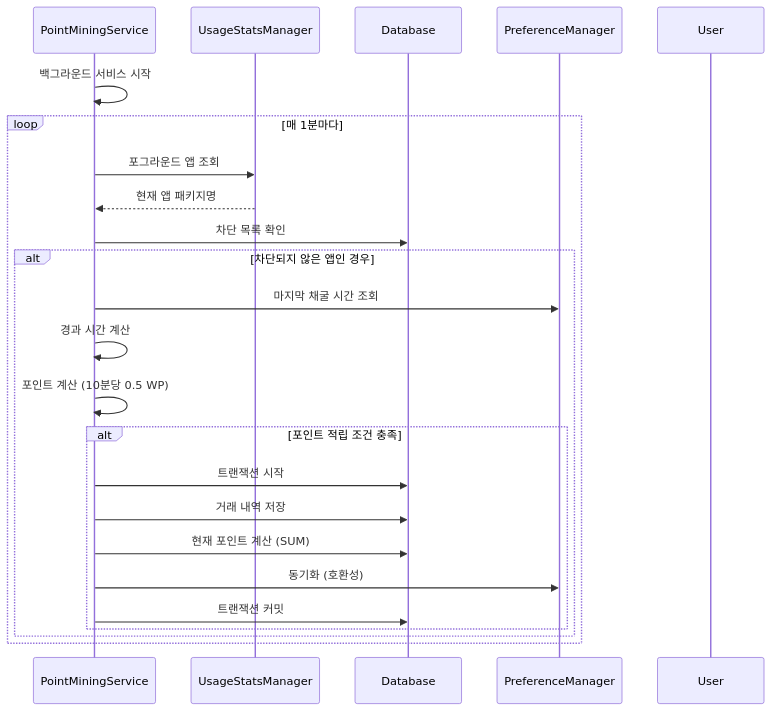
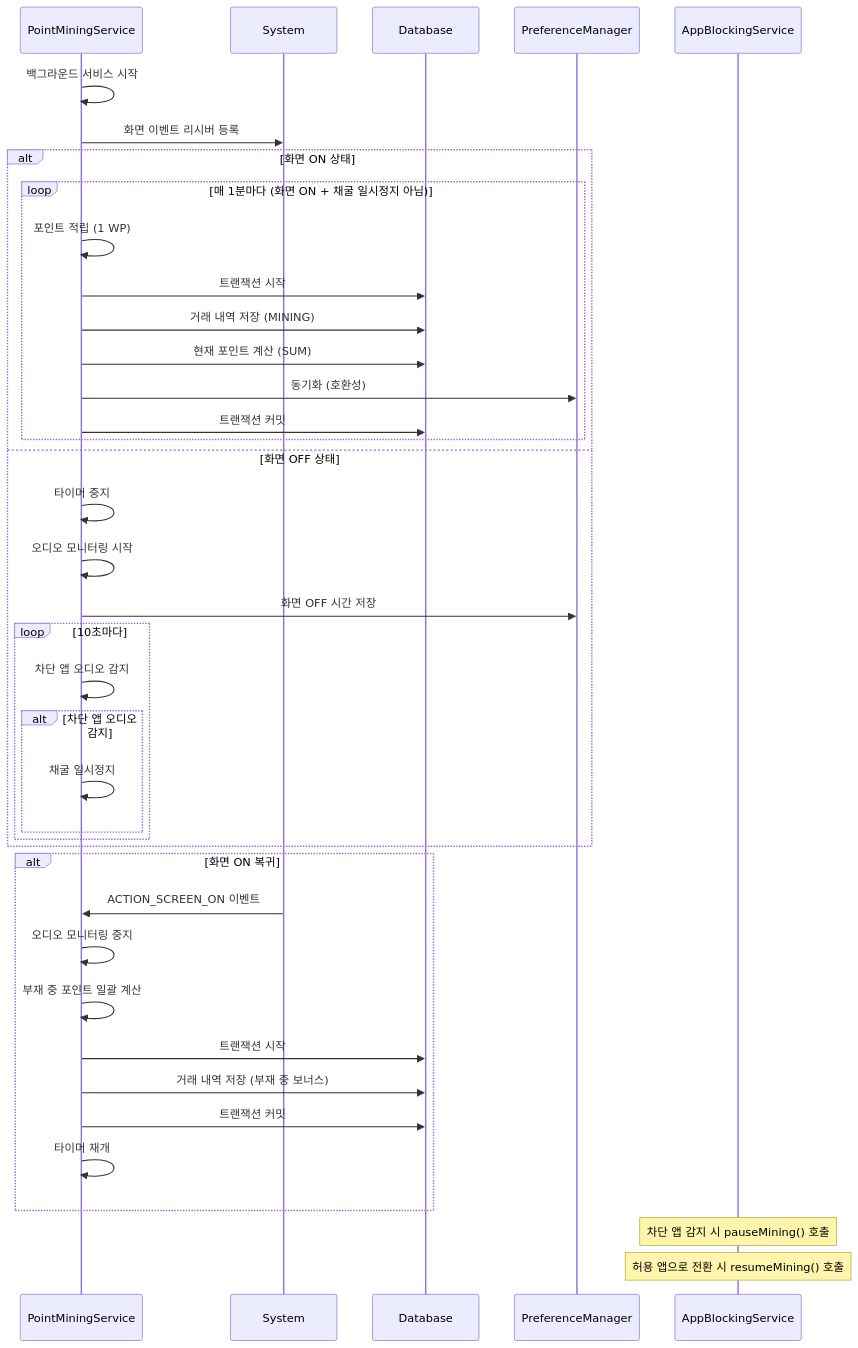
Before and after one commit to KDG12054345/-2: the second of 5 diagrams in ARCHITECTURE.md, drawn with Mermaid. The commit also changed other lines of this file and 2 other files, not shown here.

````diff
--- a/ARCHITECTURE.md
+++ b/ARCHITECTURE.md
@@ -181,30 +205,46 @@
 ```mermaid
 sequenceDiagram
     participant PointMiningService
-    participant UsageStatsManager
+    participant System
     participant Database
     participant PreferenceManager
-    participant User
+    participant AppBlockingService
 
     PointMiningService->>PointMiningService: 백그라운드 서비스 시작
+    PointMiningService->>System: 화면 이벤트 리시버 등록
     
-    loop 매 1분마다
-        PointMiningService->>UsageStatsManager: 포그라운드 앱 조회
-        UsageStatsManager-->>PointMiningService: 현재 앱 패키지명
-        PointMiningService->>Database: 차단 목록 확인
+    alt 화면 ON 상태
+        loop 매 1분마다 (화면 ON + 채굴 일시정지 아님)
+            PointMiningService->>PointMiningService: 포인트 적립 (1 WP)
+            PointMiningService->>Database: 트랜잭션 시작
+            PointMiningService->>Database: 거래 내역 저장 (MINING)
+            PointMiningService->>Database: 현재 포인트 계산 (SUM)
+            PointMiningService->>PreferenceManager: 동기화 (호환성)
+            PointMiningService->>Database: 트랜잭션 커밋
+        end
+    else 화면 OFF 상태
+        PointMiningService->>PointMiningService: 타이머 중지
+        PointMiningService->>PointMiningService: 오디오 모니터링 시작
+        PointMiningService->>PreferenceManager: 화면 OFF 시간 저장
         
-        alt 차단되지 않은 앱인 경우
-            PointMiningService->>PreferenceManager: 마지막 채굴 시간 조회
-            PointMiningService->>PointMiningService: 경과 시간 계산
-            PointMiningService->>PointMiningService: 포인트 계산 (10분당 0.5 WP)
-            
-            alt 포인트 적립 조건 충족
-                PointMiningService->>Database: 트랜잭션 시작
-                PointMiningService->>Database: 거래 내역 저장
-                PointMiningService->>Database: 현재 포인트 계산 (SUM)
-                PointMiningService->>PreferenceManager: 동기화 (호환성)
-                PointMiningService->>Database: 트랜잭션 커밋
+        loop 10초마다
+            PointMiningService->>PointMiningService: 차단 앱 오디오 감지
+            alt 차단 앱 오디오 감지
+                PointMiningService->>PointMiningService: 채굴 일시정지
             end
         end
     end
+    
+    alt 화면 ON 복귀
+        System->>PointMiningService: ACTION_SCREEN_ON 이벤트
+        PointMiningService->>PointMiningService: 오디오 모니터링 중지
+        PointMiningService->>PointMiningService: 부재 중 포인트 일괄 계산
+        PointMiningService->>Database: 트랜잭션 시작
+        PointMiningService->>Database: 거래 내역 저장 (부재 중 보너스)
+        PointMiningService->>Database: 트랜잭션 커밋
+        PointMiningService->>PointMiningService: 타이머 재개
+    end
+    
+    Note over AppBlockingService: 차단 앱 감지 시 pauseMining() 호출
+    Note over AppBlockingService: 허용 앱으로 전환 시 resumeMining() 호출
 ```
````
